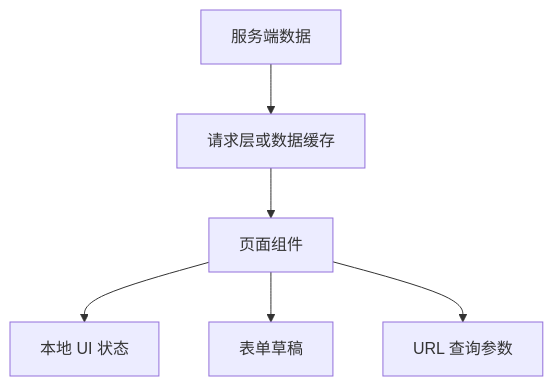
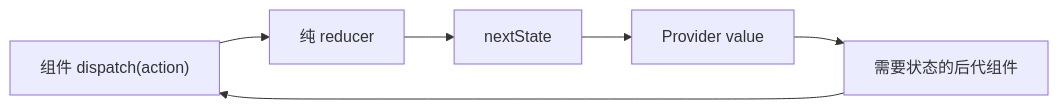
Before and after one commit to yokry-he/yok-study-web: diagram 12 of 19 in docs/react/visual-guide.md, drawn with Mermaid. The commit also changed other lines of this file and 14 other files, not shown here.

````diff
--- a/docs/react/visual-guide.md
+++ b/docs/react/visual-guide.md
@@ -111,8 +349,8 @@
 ```mermaid
-flowchart TD
-  A[服务端数据] --> B[请求层或数据缓存]
-  B --> C[页面组件]
-  C --> D[本地 UI 状态]
-  C --> E[表单草稿]
-  C --> F[URL 查询参数]
+flowchart LR
+  A["组件 dispatch(action)"] --> B["纯 reducer"]
+  B --> C["nextState"]
+  C --> D["Provider value"]
+  D --> E["需要状态的后代组件"]
+  E --> A
 ```
````
